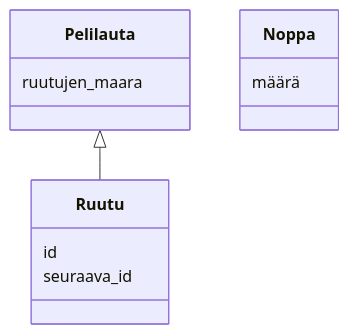
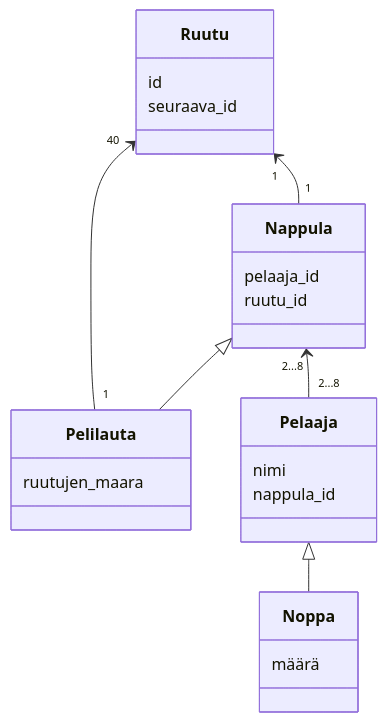
Before and after one commit to msslotboom/ot-harjoitustyo: the diagram in laskarit/viikko3/monopoli.md, drawn with Mermaid.

Commit message:
Viikko 3 tehtävä 1: monopoli

````diff
--- a/laskarit/viikko3/monopoli.md
+++ b/laskarit/viikko3/monopoli.md
@@ -3,15 +3,26 @@
 ```mermaid
  classDiagram
-    Pelilauta <|-- Ruutu
+    Ruutu "40" <-- "1" Pelilauta
+    Nappula "2...8" <-- "2...8"  Pelaaja
+    Nappula <|-- Pelilauta
+    Ruutu "1" <-- "1"  Nappula
+    Pelaaja <|-- Noppa
     class Pelilauta{
         ruutujen_maara
     }
     class Ruutu{
         id
         seuraava_id
-
+    }
+    class Pelaaja{
+        nimi
+        nappula_id
+    }
+    class Nappula{
+        pelaaja_id
+        ruutu_id
     }
     class Noppa{
         määrä
     }
 ```
````
